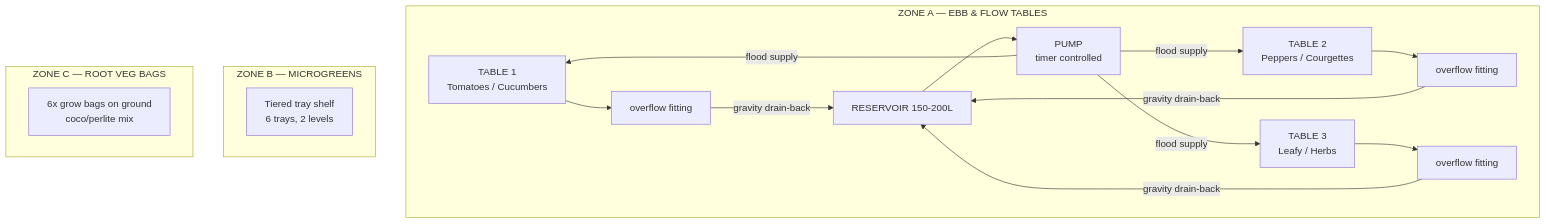
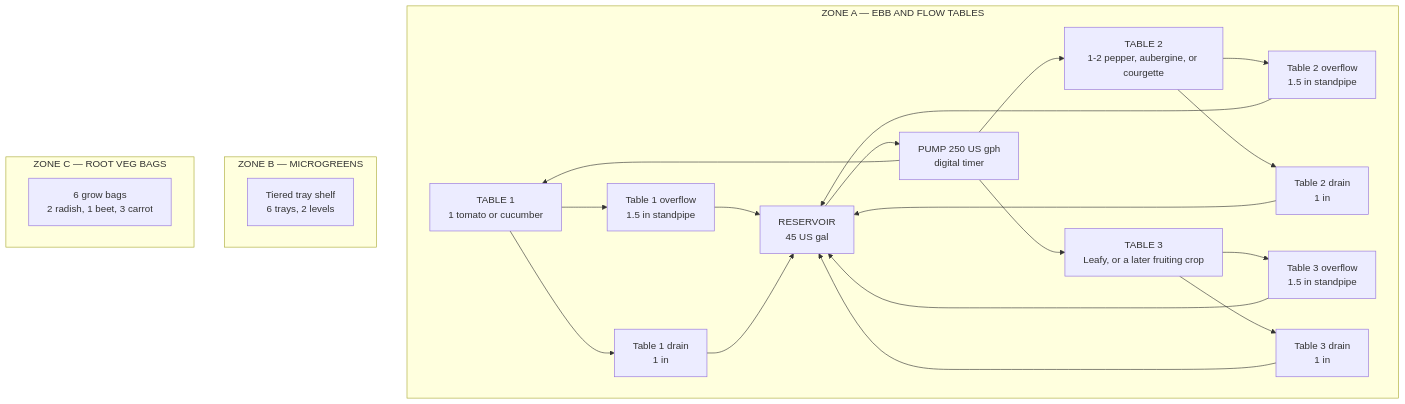
One commit to UncleJS/guide_hydroponics changed the first of 2 diagrams in guide/ebb-and-flow/00-system-overview.md. Above: the diagram before and after it, drawn with Mermaid. The commit also changed other lines of this file and 35 other files, not shown here.

````diff
--- a/guide/ebb-and-flow/00-system-overview.md
+++ b/guide/ebb-and-flow/00-system-overview.md
@@ -101,19 +109,29 @@
 ```mermaid
 flowchart TD
-    subgraph ZoneA["ZONE A — EBB &amp; FLOW TABLES"]
-        T1["TABLE 1<br/>Tomatoes / Cucumbers"] --> OF1["overflow fitting"]
-        T2["TABLE 2<br/>Peppers / Courgettes"] --> OF2["overflow fitting"]
-        T3["TABLE 3<br/>Leafy / Herbs"] --> OF3["overflow fitting"]
-        OF1 & OF2 & OF3 -->|gravity drain-back| RES["RESERVOIR 150-200L"]
-        RES --> PUMP["PUMP<br/>timer controlled"]
-        PUMP -->|flood supply| T1 & T2 & T3
+    subgraph ZoneA["ZONE A — EBB AND FLOW TABLES"]
+        T1["TABLE 1<br/>1 tomato or cucumber"] --> OF1["Table 1 overflow<br/>1.5 in standpipe"]
+        T1 --> DR1["Table 1 drain<br/>1 in"]
+        T2["TABLE 2<br/>1-2 pepper, aubergine, or courgette"] --> OF2["Table 2 overflow<br/>1.5 in standpipe"]
+        T2 --> DR2["Table 2 drain<br/>1 in"]
+        T3["TABLE 3<br/>Leafy, or a later fruiting crop"] --> OF3["Table 3 overflow<br/>1.5 in standpipe"]
+        T3 --> DR3["Table 3 drain<br/>1 in"]
+        OF1 --> RES["RESERVOIR<br/>45 US gal"]
+        DR1 --> RES
+        OF2 --> RES
+        DR2 --> RES
+        OF3 --> RES
+        DR3 --> RES
+        RES --> PUMP["PUMP 250 US gph<br/>digital timer"]
+        PUMP --> T1
+        PUMP --> T2
+        PUMP --> T3
     end
 
     subgraph ZoneB["ZONE B — MICROGREENS"]
         B["Tiered tray shelf<br/>6 trays, 2 levels"]
     end
 
     subgraph ZoneC["ZONE C — ROOT VEG BAGS"]
-        C["6x grow bags on ground<br/>coco/perlite mix"]
+        C["6 grow bags<br/>2 radish, 1 beet, 3 carrot"]
     end
 ```
````
